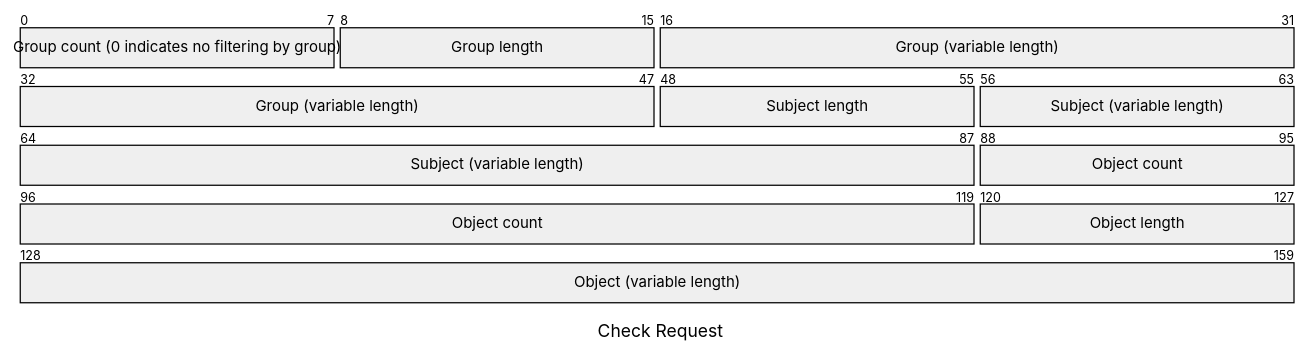
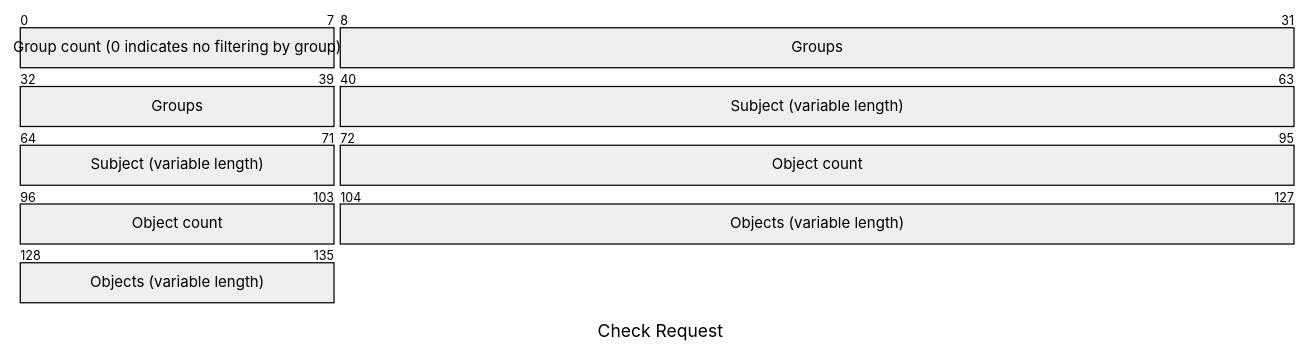
One commit to xmidt-org/hashy changed the second of 3 diagrams in README.md. Above: the diagram before and after it, drawn with Mermaid. The commit also changed other lines of this file, not shown here.

Commit message:
chore: clarified terms and simplified the packet diagrams

````diff
--- a/README.md
+++ b/README.md
@@ -80,14 +84,11 @@
 ```mermaid
 ---
 title: "Check Request"
 ---
 packet
 +8: "Group count (0 indicates no filtering by group)"
-+8: "Group length"
-+32: "Group (variable length)"
-+8: "Subject length"
++32: "Groups"
 +32: "Subject (variable length)"
 +32: "Object count"
-+8: "Object length"
-+32: "Object (variable length)"
++32: "Objects (variable length)"
 ```
````
